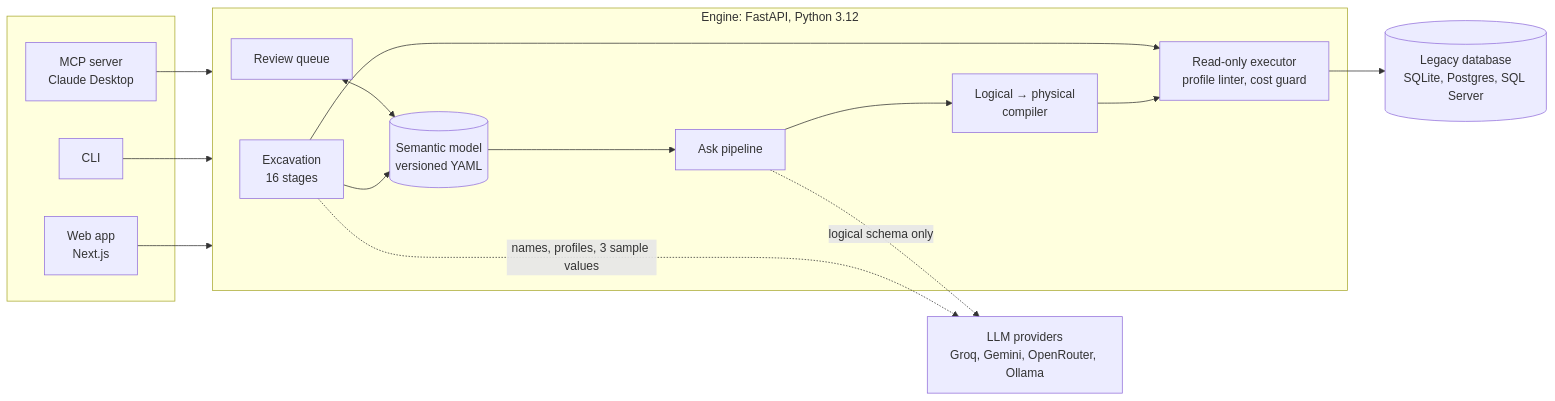
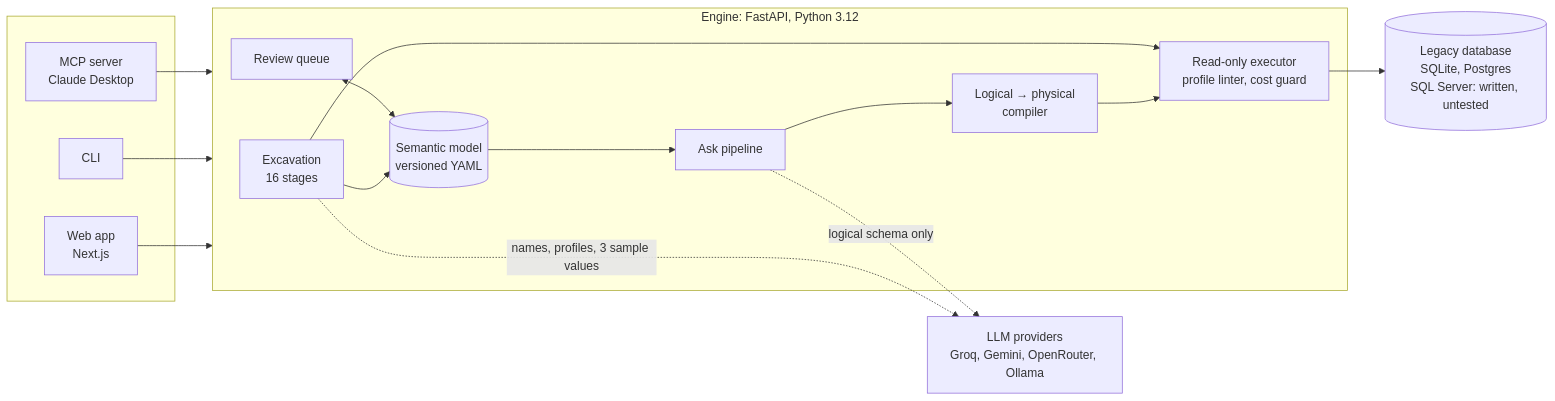
Before and after one commit to waleed-w-maqbool-m/stratum: the first of 6 diagrams in README.md, drawn with Mermaid. The commit also changed other lines of this file and 2 other files, not shown here.

First line of the commit message:
Docs: accurate SQL Server status; setup installs every extra

````diff
--- a/README.md
+++ b/README.md
@@ -76,29 +76,29 @@
 ```mermaid
 flowchart LR
     subgraph clients[" "]
         web["Web app<br/>Next.js"]
         cli["CLI"]
         mcp["MCP server<br/>Claude Desktop"]
     end
 
     subgraph engine["Engine: FastAPI, Python 3.12"]
         excavate["Excavation<br/>16 stages"]
         model[("Semantic model<br/>versioned YAML")]
         review["Review queue"]
         ask["Ask pipeline"]
         compiler["Logical → physical<br/>compiler"]
         guard["Read-only executor<br/>profile linter, cost guard"]
     end
 
     llm["LLM providers<br/>Groq, Gemini, OpenRouter, Ollama"]
-    db[("Legacy database<br/>SQLite, Postgres, SQL Server")]
+    db[("Legacy database<br/>SQLite, Postgres<br/>SQL Server: written, untested")]
 
     web & cli & mcp --> engine
     excavate --> model
     review <--> model
     model --> ask
     ask --> compiler --> guard --> db
     excavate --> guard
     excavate -.->|"names, profiles, 3 sample values"| llm
     ask -.->|"logical schema only"| llm
 ```
````
